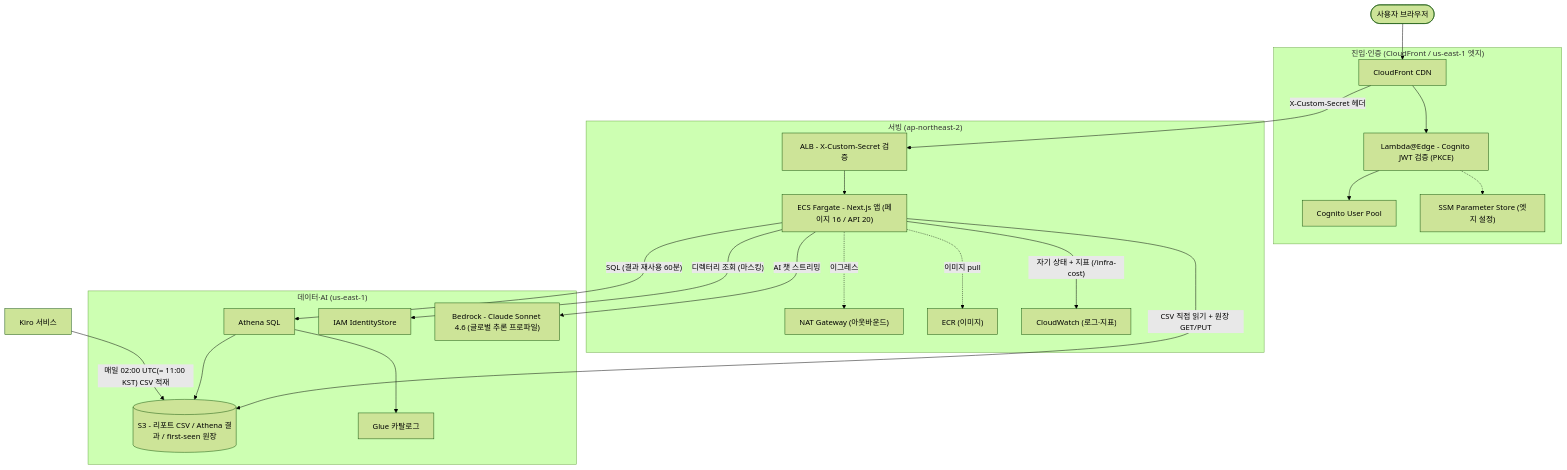
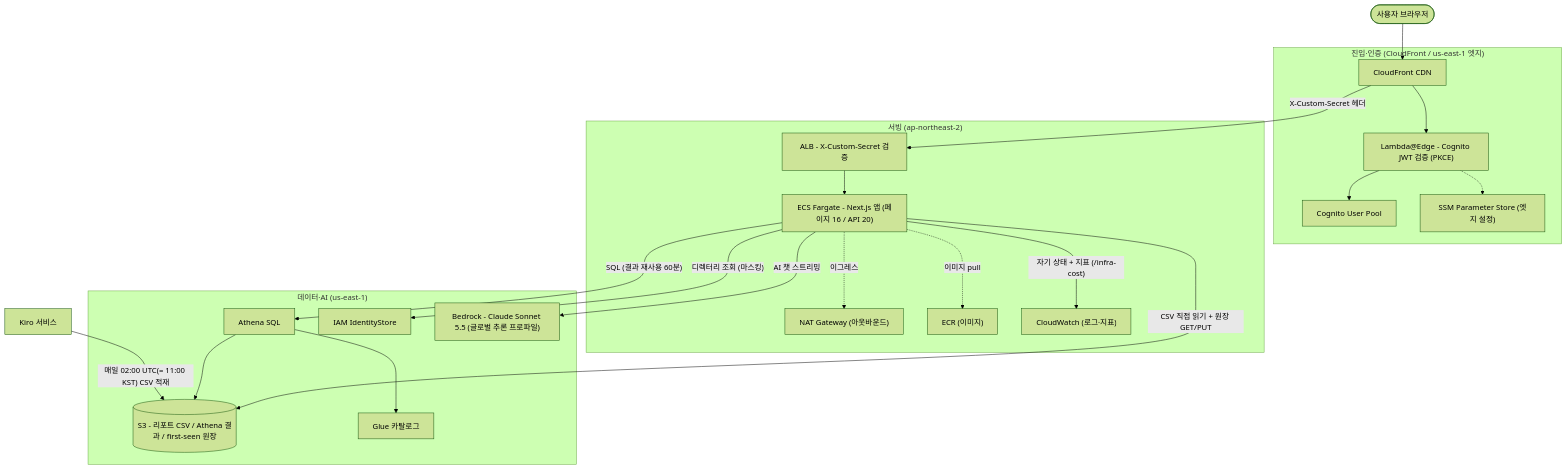
The second of 2 diagrams in README.md (whchoi98/kiro-dashboard), drawn with Mermaid (forest theme) before and after one commit. The commit also changed other lines of this file and 11 other files, not shown here.

````diff
--- a/README.md
+++ b/README.md
@@ -555,43 +555,43 @@
 ```mermaid
 flowchart TB
     KIRO["Kiro 서비스"] -- "매일 02:00 UTC(= 11:00 KST) CSV 적재" --> S3
 
     USER([사용자 브라우저])
 
     subgraph EDGE["진입·인증 (CloudFront / us-east-1 엣지)"]
         CF["CloudFront CDN"]
         LE["Lambda@Edge - Cognito JWT 검증 (PKCE)"]
         COG["Cognito User Pool"]
         SSM["SSM Parameter Store (엣지 설정)"]
     end
 
     subgraph SEOUL["서빙 (ap-northeast-2)"]
         ALB["ALB - X-Custom-Secret 검증"]
         ECS["ECS Fargate - Next.js 앱 (페이지 16 / API 20)"]
         NAT["NAT Gateway (아웃바운드)"]
         ECR["ECR (이미지)"]
         CW["CloudWatch (로그·지표)"]
     end
 
     subgraph DATA["데이터·AI (us-east-1)"]
         S3[("S3 - 리포트 CSV / Athena 결과 / first-seen 원장")]
         GLUE["Glue 카탈로그"]
         ATH["Athena SQL"]
         IDC["IAM IdentityStore"]
-        BR["Bedrock - Claude Sonnet 4.6 (글로벌 추론 프로파일)"]
+        BR["Bedrock - Claude Sonnet 5.5 (글로벌 추론 프로파일)"]
     end
 
     USER --> CF --> LE
     LE --> COG
     LE -.-> SSM
     CF -- "X-Custom-Secret 헤더" --> ALB --> ECS
     ECS -- "SQL (결과 재사용 60분)" --> ATH
     ATH --> GLUE
     ATH --> S3
     ECS -- "CSV 직접 읽기 + 원장 GET/PUT" --> S3
     ECS -- "디렉터리 조회 (마스킹)" --> IDC
     ECS -- "AI 챗 스트리밍" --> BR
     ECS -- "자기 상태 + 지표 (/infra-cost)" --> CW
     ECS -.->|이미지 pull| ECR
     ECS -.->|이그레스| NAT
 ```
````
